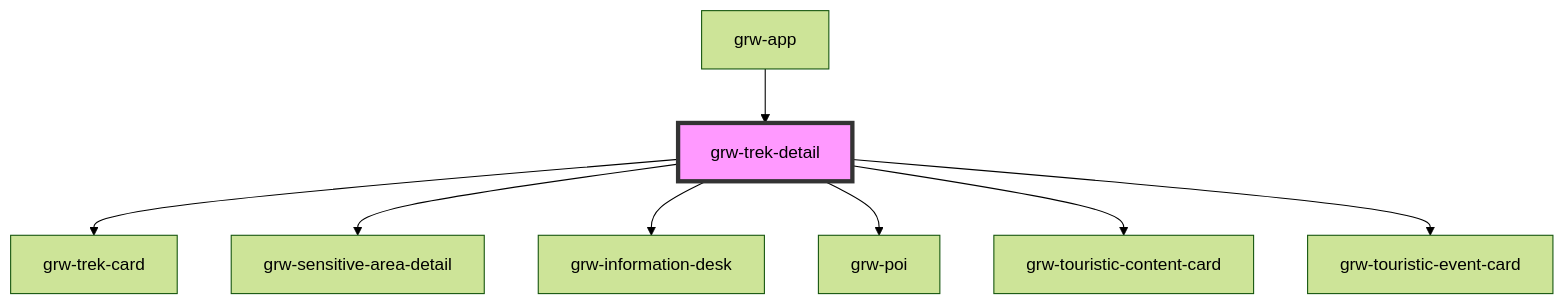
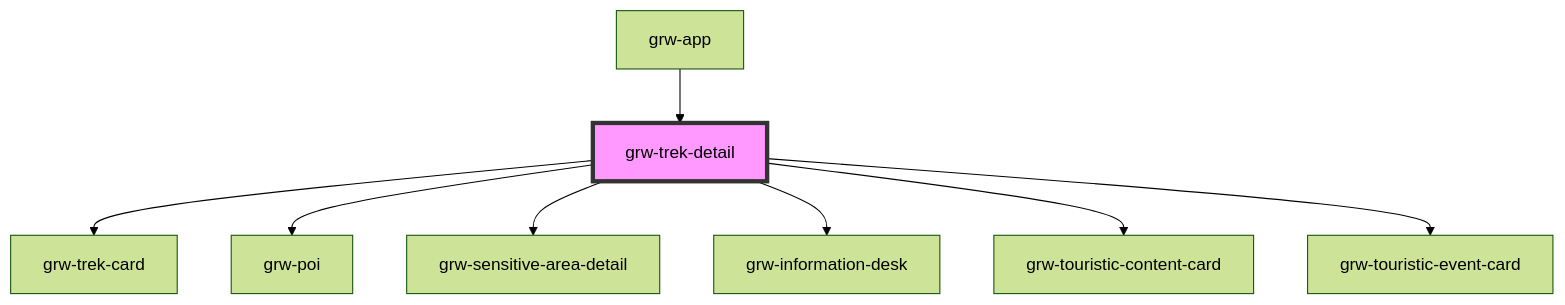
Before and after one commit to GeotrekCE/Geotrek-rando-widget: the diagram in src/components/grw-trek-detail/readme.md, drawn with Mermaid (forest theme). The commit also changed other lines of this file and 6 other files, not shown here.

````diff
--- a/src/components/grw-trek-detail/readme.md
+++ b/src/components/grw-trek-detail/readme.md
@@ -56,11 +57,11 @@
 ```mermaid
 graph TD;
   grw-trek-detail --> grw-trek-card
+  grw-trek-detail --> grw-poi
   grw-trek-detail --> grw-sensitive-area-detail
   grw-trek-detail --> grw-information-desk
-  grw-trek-detail --> grw-poi
   grw-trek-detail --> grw-touristic-content-card
   grw-trek-detail --> grw-touristic-event-card
   grw-app --> grw-trek-detail
   style grw-trek-detail fill:#f9f,stroke:#333,stroke-width:4px
 ```
````
